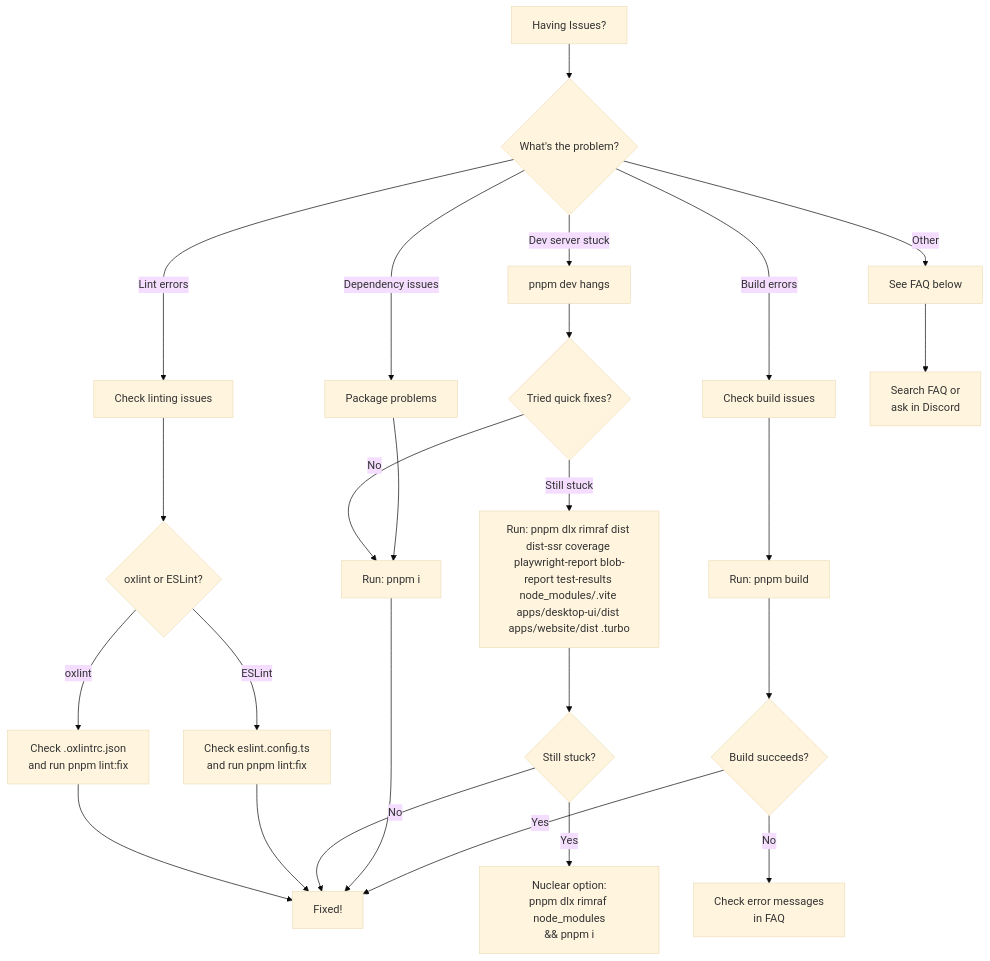
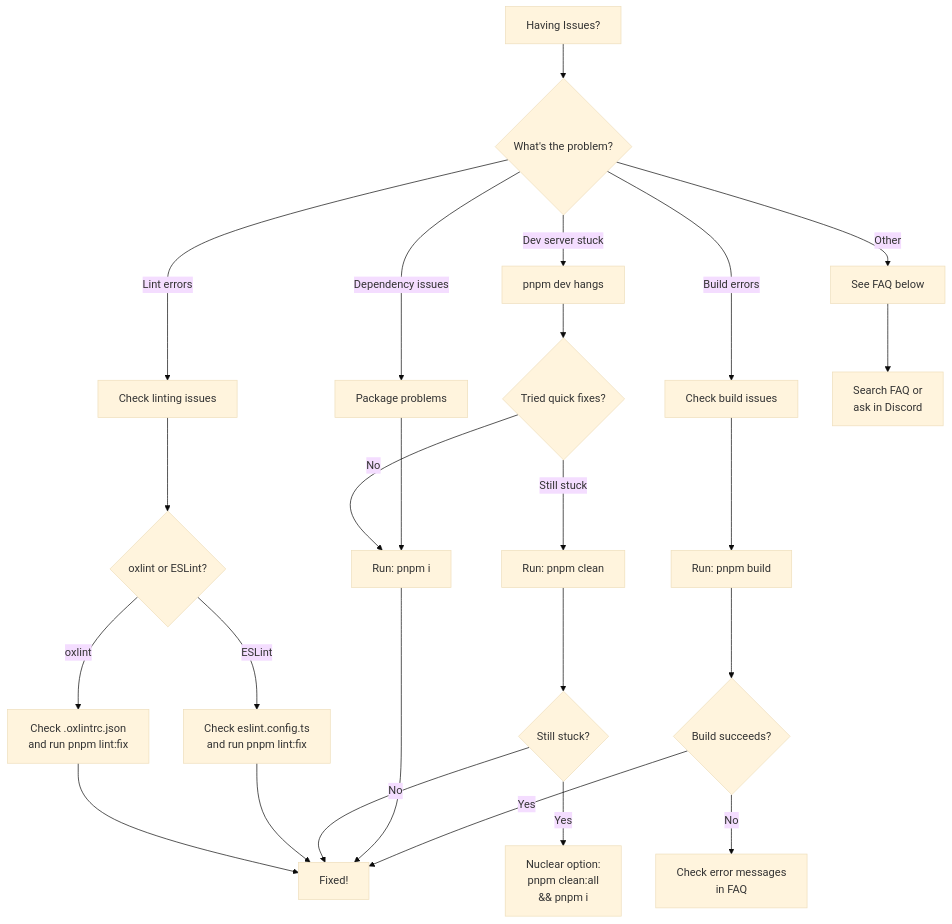
One commit to Comfy-Org/ComfyUI_frontend changed the diagram in TROUBLESHOOTING.md. Above: the diagram before and after it, drawn with Mermaid (base theme). The commit also changed other lines of this file and 5 other files, not shown here.

````diff
--- a/TROUBLESHOOTING.md
+++ b/TROUBLESHOOTING.md
@@ -7,32 +7,32 @@
 ```mermaid
 flowchart TD
     A[Having Issues?] --> B{What's the problem?}
     B -->|Dev server stuck| C[pnpm dev hangs]
     B -->|Build errors| D[Check build issues]
     B -->|Lint errors| Q[Check linting issues]
     B -->|Dependency issues| E[Package problems]
     B -->|Other| F[See FAQ below]
 
     Q --> R{oxlint or ESLint?}
     R -->|oxlint| S[Check .oxlintrc.json<br/>and run pnpm lint:fix]
     R -->|ESLint| T[Check eslint.config.ts<br/>and run pnpm lint:fix]
     S --> L
     T --> L
 
     C --> G{Tried quick fixes?}
     G -->|No| H[Run: pnpm i]
-    G -->|Still stuck| I[Run: pnpm dlx rimraf dist dist-ssr coverage playwright-report blob-report test-results node_modules/.vite apps/desktop-ui/dist apps/website/dist .turbo]
+    G -->|Still stuck| I[Run: pnpm clean]
     I --> J{Still stuck?}
-    J -->|Yes| K[Nuclear option:<br/>pnpm dlx rimraf node_modules<br/>&& pnpm i]
+    J -->|Yes| K[Nuclear option:<br/>pnpm clean:all<br/>&& pnpm i]
     J -->|No| L[Fixed!]
     H --> L
 
     D --> M[Run: pnpm build]
     M --> N{Build succeeds?}
     N -->|No| O[Check error messages<br/>in FAQ]
     N -->|Yes| L
 
     E --> H
 
     F --> P[Search FAQ or<br/>ask in Discord]
 ```
````
